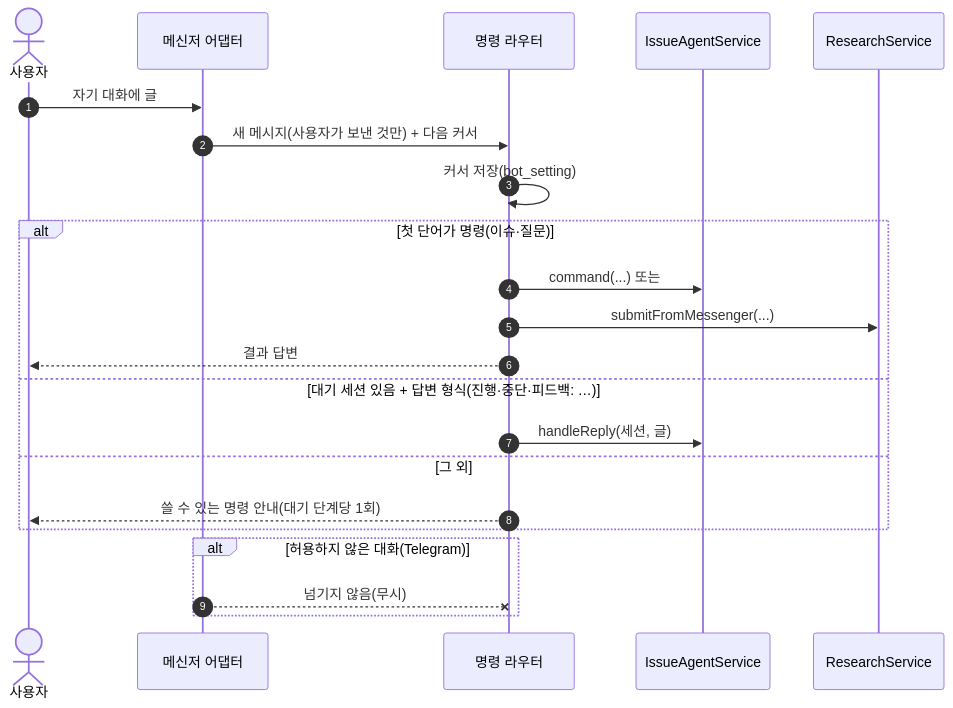
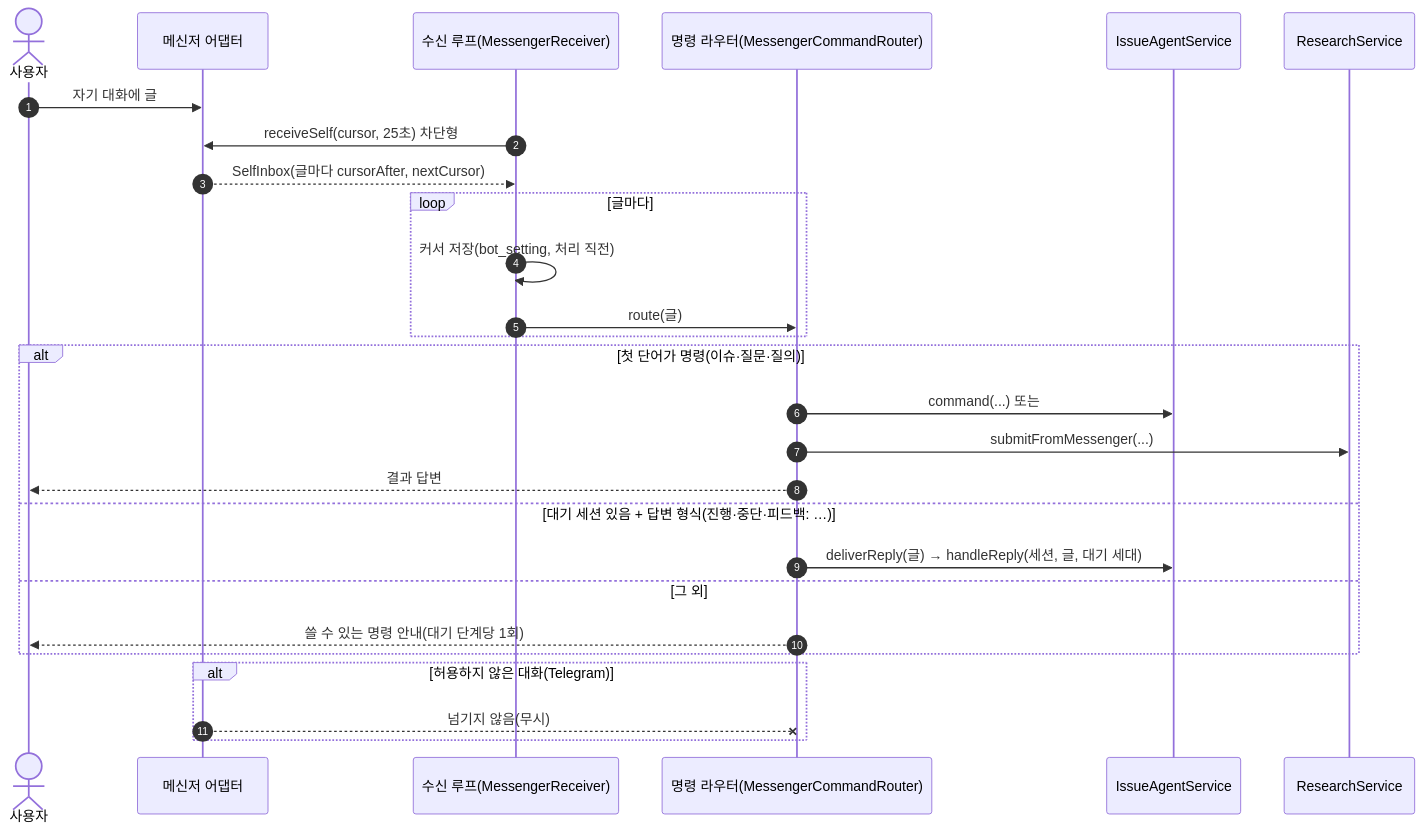
The third of 5 diagrams in docs/02-architecture.md (SonJM/Dev-Agent-Platform), drawn with Mermaid before and after one commit. The commit also changed other lines of this file and 10 other files, not shown here.

````diff
--- a/docs/02-architecture.md
+++ b/docs/02-architecture.md
@@ -103,24 +103,29 @@
 ```mermaid
 sequenceDiagram
     autonumber
     actor U as 사용자
     participant M as 메신저 어댑터
-    participant R as 명령 라우터
+    participant V as 수신 루프(MessengerReceiver)
+    participant R as 명령 라우터(MessengerCommandRouter)
     participant I as IssueAgentService
     participant Q as ResearchService
     U->>M: 자기 대화에 글
-    M->>R: 새 메시지(사용자가 보낸 것만) + 다음 커서
-    R->>R: 커서 저장(bot_setting)
-    alt 첫 단어가 명령(이슈·질문)
+    V->>M: receiveSelf(cursor, 25초) 차단형
+    M-->>V: SelfInbox(글마다 cursorAfter, nextCursor)
+    loop 글마다
+        V->>V: 커서 저장(bot_setting, 처리 직전)
+        V->>R: route(글)
+    end
+    alt 첫 단어가 명령(이슈·질문·질의)
         R->>I: command(...) 또는
         R->>Q: submitFromMessenger(...)
         R-->>U: 결과 답변
     else 대기 세션 있음 + 답변 형식(진행·중단·피드백: …)
-        R->>I: handleReply(세션, 글)
+        R->>I: deliverReply(글) → handleReply(세션, 글, 대기 세대)
     else 그 외
         R-->>U: 쓸 수 있는 명령 안내(대기 단계당 1회)
     end
     alt 허용하지 않은 대화(Telegram)
         M--xR: 넘기지 않음(무시)
     end
 ```
````
